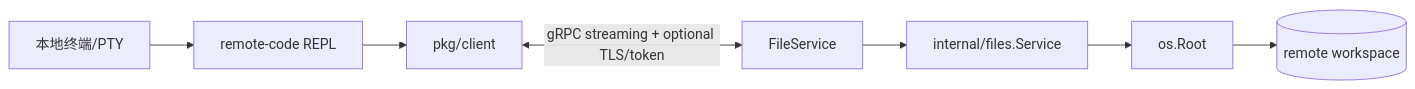
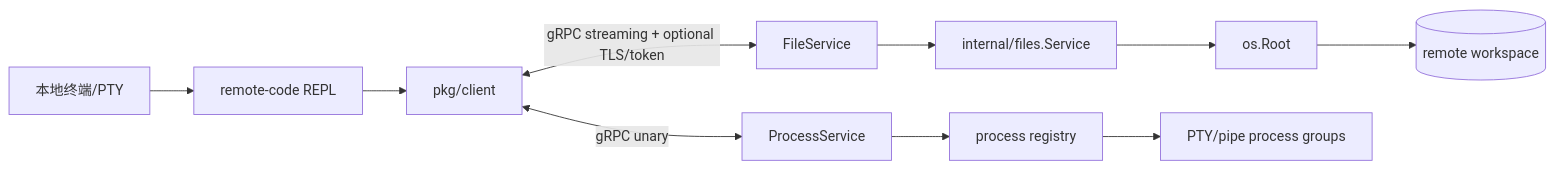
One commit to qq1426155093/remote-code changed the diagram in docs/technical-design-v1.md. Above: the diagram before and after it, drawn with Mermaid. The commit also changed other lines of this file and 21 other files, not shown here.

````diff
--- a/docs/technical-design-v1.md
+++ b/docs/technical-design-v1.md
@@ -7,9 +7,12 @@
 ```mermaid
 flowchart LR
     T[本地终端/PTY] --> R[remote-code REPL]
     R --> C[pkg/client]
     C <-->|gRPC streaming + optional TLS/token| G[FileService]
     G --> F[internal/files.Service]
     F --> O[os.Root]
     O --> W[(remote workspace)]
+    C <-->|gRPC unary| P[ProcessService]
+    P --> PR[process registry]
+    PR --> X[PTY/pipe process groups]
 ```
````
